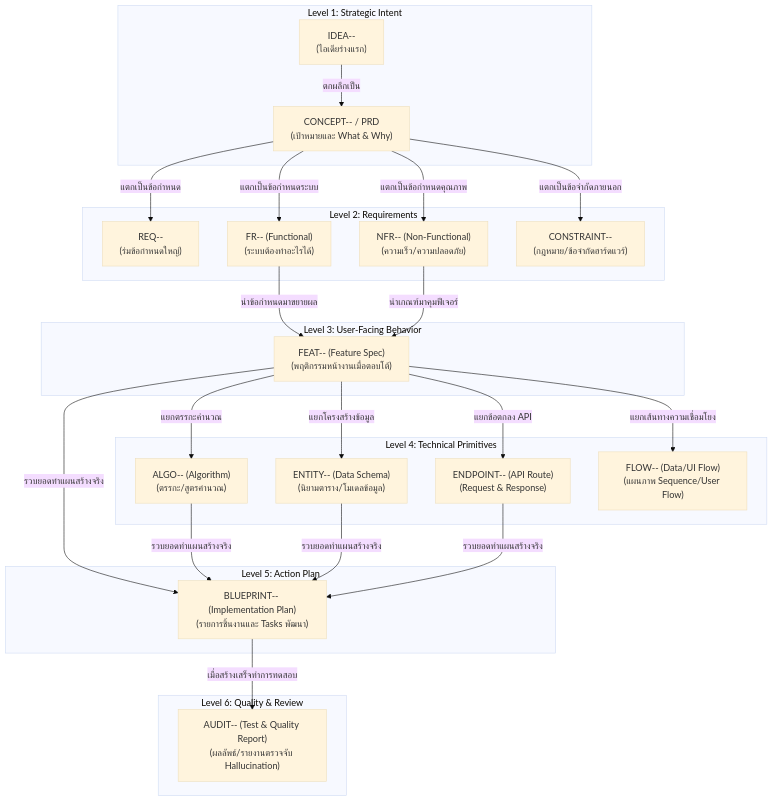
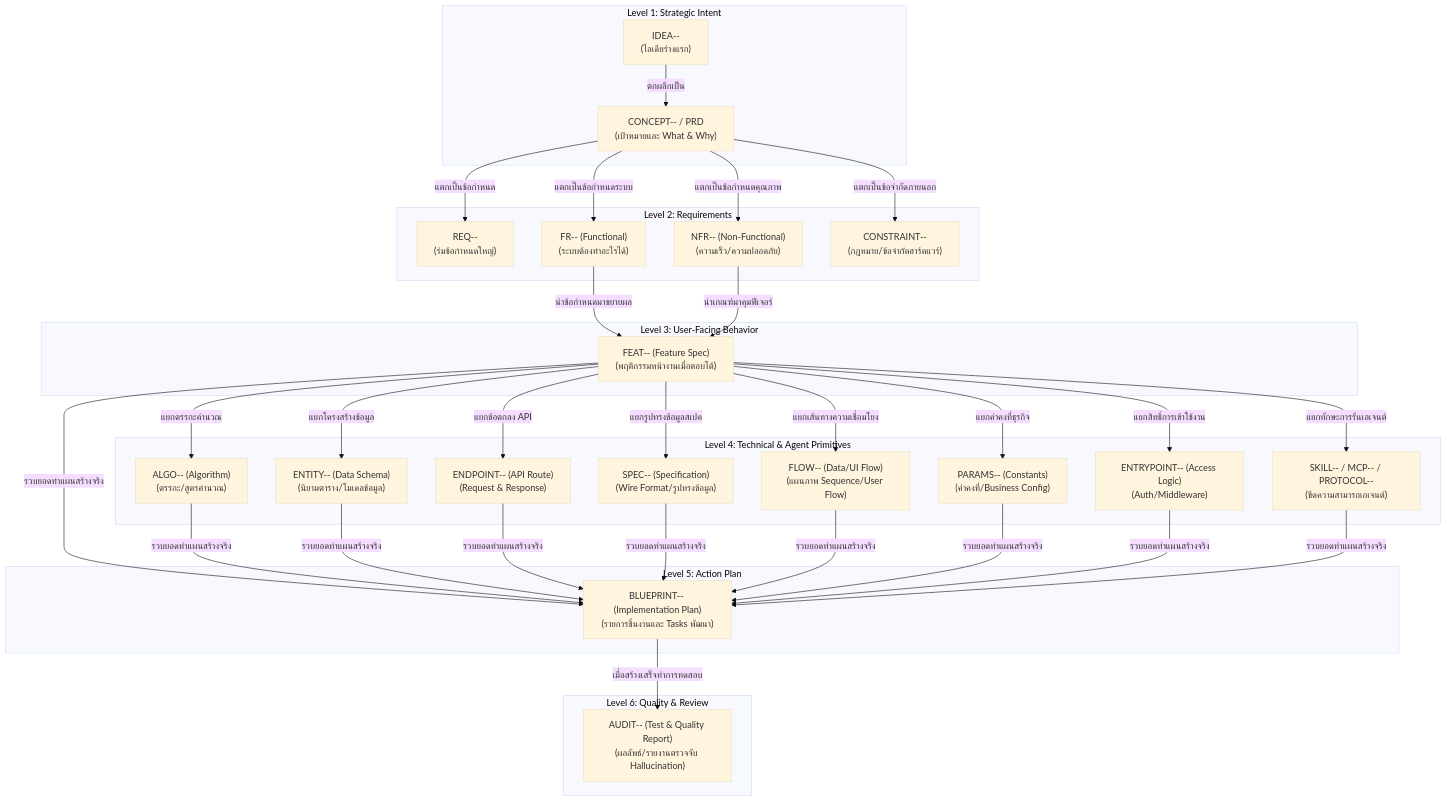
The diagram in docs/gks/AUTHORING-MANUAL.md (Freshair129/GenesisBlock), drawn with Mermaid (base theme) before and after one commit. The commit also changed other lines of this file, not shown here.

Commit message:
docs(gks): expand Level 4 primitives in manual to match full registry

````diff
--- a/docs/gks/AUTHORING-MANUAL.md
+++ b/docs/gks/AUTHORING-MANUAL.md
@@ -13,34 +13,38 @@
 ```mermaid
 graph TD
     %% Levels
     subgraph Level 1: Strategic Intent
         IDEA["IDEA--<br>(ไอเดียร่างแรก)"] -->|ตกผลึกเป็น| CONCEPT["CONCEPT-- / PRD<br>(เป้าหมายและ What & Why)"]
     end
 
     subgraph Level 2: Requirements
         CONCEPT -->|แตกเป็นข้อกำหนด| REQ["REQ--<br>(ร่มข้อกำหนดใหญ่)"]
         CONCEPT -->|แตกเป็นข้อกำหนดระบบ| FR["FR-- (Functional)<br>(ระบบต้องทำอะไรได้)"]
         CONCEPT -->|แตกเป็นข้อกำหนดคุณภาพ| NFR["NFR-- (Non-Functional)<br>(ความเร็ว/ความปลอดภัย)"]
         CONCEPT -->|แตกเป็นข้อจำกัดภายนอก| CONSTRAINT["CONSTRAINT--<br>(กฎหมาย/ข้อจำกัดฮาร์ดแวร์)"]
     end
 
     subgraph Level 3: User-Facing Behavior
         FR -->|นำข้อกำหนดมาขยายผล| FEAT["FEAT-- (Feature Spec)<br>(พฤติกรรมหน้างานเมื่อตอบโต้)"]
         NFR -->|นำเกณฑ์มาคุมฟีเจอร์| FEAT
     end
 
-    subgraph Level 4: Technical Primitives
+    subgraph Level 4: Technical & Agent Primitives
         FEAT -->|แยกตรรกะคำนวณ| ALGO["ALGO-- (Algorithm)<br>(ตรรกะ/สูตรคำนวณ)"]
+        FEAT -->|แยกรูปทรงข้อมูลสเปค| SPEC["SPEC-- (Specification)<br>(Wire Format/รูปทรงข้อมูล)"]
         FEAT -->|แยกโครงสร้างข้อมูล| ENTITY["ENTITY-- (Data Schema)<br>(นิยามตาราง/โมเดลข้อมูล)"]
         FEAT -->|แยกข้อตกลง API| ENDPOINT["ENDPOINT-- (API Route)<br>(Request & Response)"]
         FEAT -->|แยกเส้นทางความเชื่อมโยง| FLOW["FLOW-- (Data/UI Flow)<br>(แผนภาพ Sequence/User Flow)"]
+        FEAT -->|แยกค่าคงที่ธุรกิจ| PARAMS["PARAMS-- (Constants)<br>(ค่าคงที่/Business Config)"]
+        FEAT -->|แยกสิทธิ์การเข้าใช้งาน| ENTRYPOINT["ENTRYPOINT-- (Access Logic)<br>(Auth/Middleware)"]
+        FEAT -->|แยกทักษะการรันเอเจนต์| SKILL["SKILL-- / MCP-- / PROTOCOL--<br>(ขีดความสามารถเอเจนต์)"]
     end
 
     subgraph Level 5: Action Plan
-        FEAT & ALGO & ENTITY & ENDPOINT -->|รวบยอดทำแผนสร้างจริง| BLUEPRINT["BLUEPRINT-- (Implementation Plan)<br>(รายการชิ้นงานและ Tasks พัฒนา)"]
+        FEAT & ALGO & ENTITY & ENDPOINT & SPEC & FLOW & PARAMS & ENTRYPOINT & SKILL -->|รวบยอดทำแผนสร้างจริง| BLUEPRINT["BLUEPRINT-- (Implementation Plan)<br>(รายการชิ้นงานและ Tasks พัฒนา)"]
     end
 
     subgraph Level 6: Quality & Review
         BLUEPRINT -->|เมื่อสร้างเสร็จทำการทดสอบ| AUDIT["AUDIT-- (Test & Quality Report)<br>(ผลลัพธ์/รายงานตรวจจับ Hallucination)"]
     end
 ```
````
